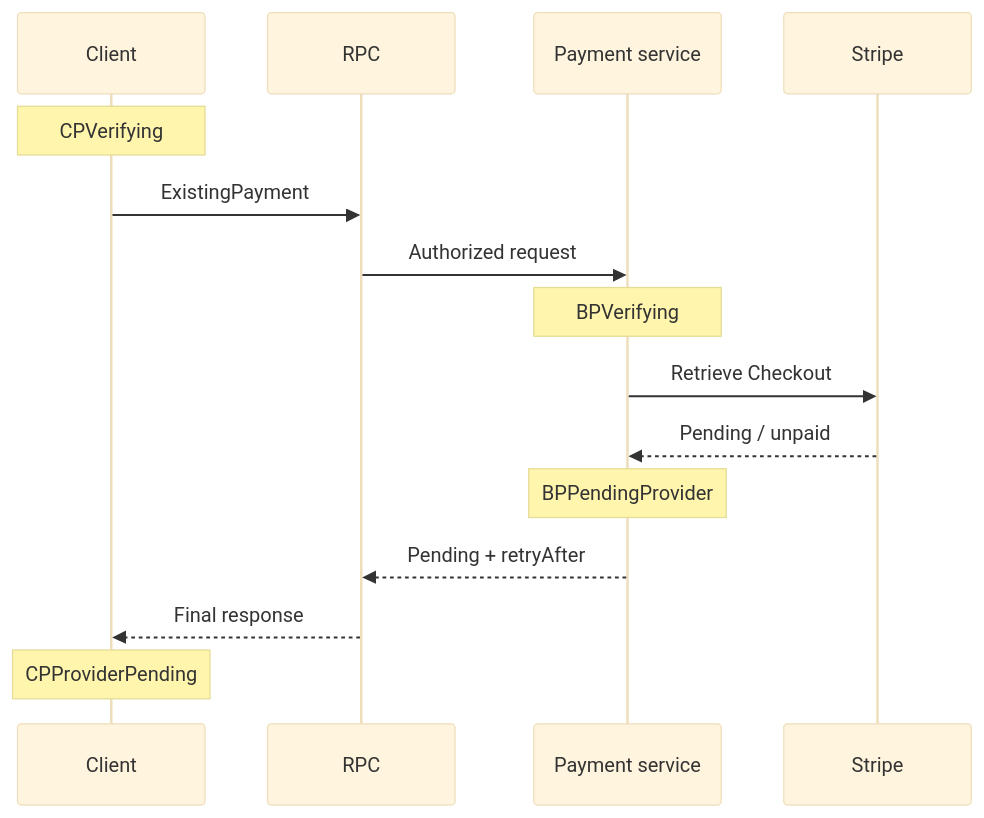
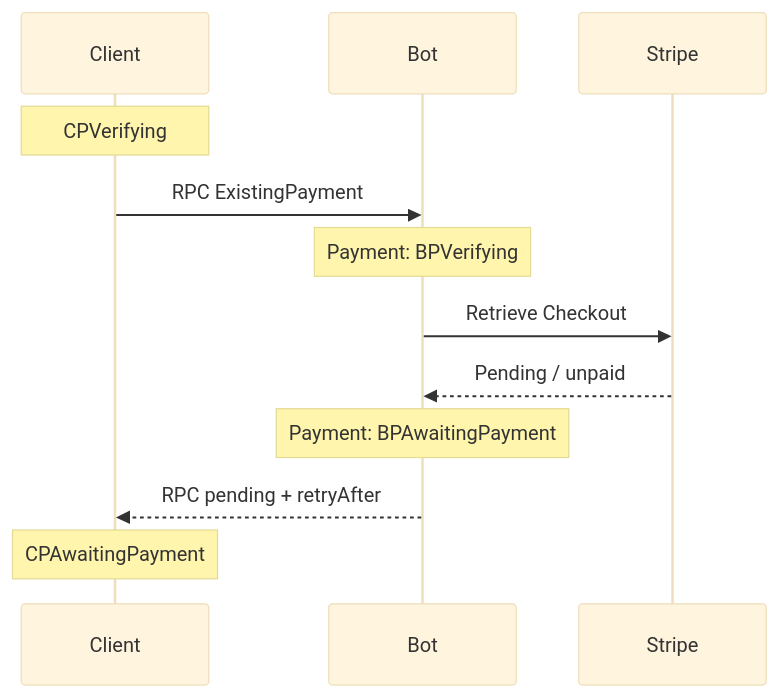
The sixth of 6 diagrams in plans/2026-07-20-supporter-badges-v2-implementation.md (simplex-chat/simplex-chat), drawn with Mermaid (base theme) before and after one commit. The commit also changed other lines of this file and 4 other files, not shown here.

````diff
--- a/plans/2026-07-20-supporter-badges-v2-implementation.md
+++ b/plans/2026-07-20-supporter-badges-v2-implementation.md
@@ -355,17 +323,14 @@
 ```mermaid
 sequenceDiagram
   participant C as Client
-  participant RPC as RPC
-  participant P as Payment service
+  participant B as Bot
   participant S as Stripe
   Note over C: CPVerifying
-  C->>RPC: ExistingPayment
-  RPC->>P: Authorized request
-  Note over P: BPVerifying
-  P->>S: Retrieve Checkout
-  S-->>P: Pending / unpaid
-  Note over P: BPPendingProvider
-  P-->>RPC: Pending + retryAfter
-  RPC-->>C: Final response
-  Note over C: CPProviderPending
+  C->>B: RPC ExistingPayment
+  Note over B: Payment: BPVerifying
+  B->>S: Retrieve Checkout
+  S-->>B: Pending / unpaid
+  Note over B: Payment: BPAwaitingPayment
+  B-->>C: RPC pending + retryAfter
+  Note over C: CPAwaitingPayment
 ```
````
